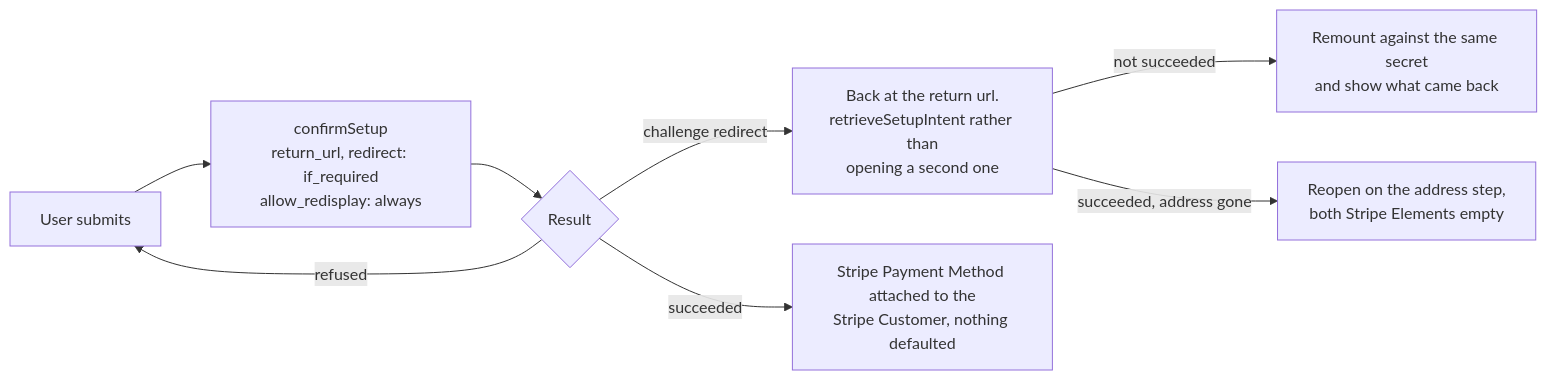
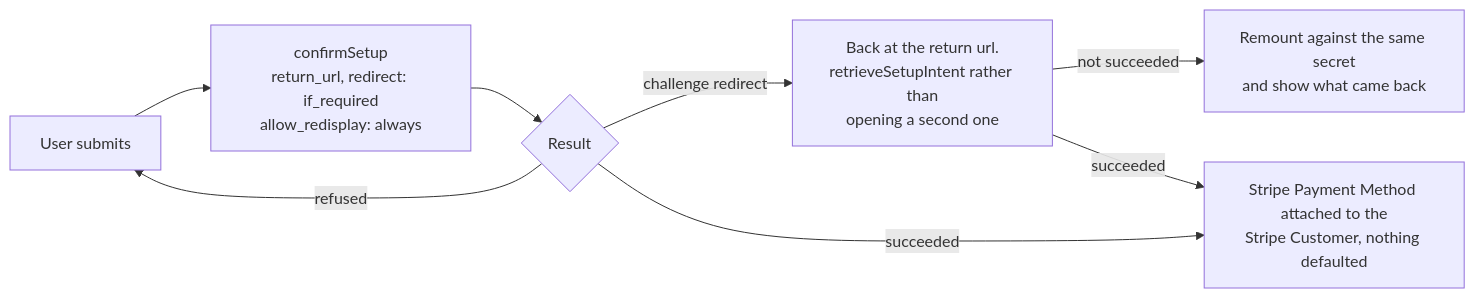
The first of 2 diagrams in public/specs/flows/payment-method/stripe/Update2Submit.md (websanova/starter-flows), drawn with Mermaid before and after one commit. The commit also changed other lines of this file and 1 other file, not shown here.

Commit message:
Update payment method update flow with new setup to require address first.

````diff
--- a/public/specs/flows/payment-method/stripe/Update2Submit.md
+++ b/public/specs/flows/payment-method/stripe/Update2Submit.md
@@ -52,10 +47,10 @@
 ```mermaid
 flowchart LR
     H[User submits] --> I["confirmSetup<br/>return_url, redirect: if_required<br/>allow_redisplay: always"]
     I --> J{Result}
     J -->|refused| H
     J -->|challenge redirect| J1["Back at the return url.<br/>retrieveSetupIntent rather than<br/>opening a second one"]
     J1 -->|not succeeded| J2[Remount against the same secret<br/>and show what came back]
-    J1 -->|"succeeded, address gone"| J3[Reopen on the address step,<br/>both Stripe Elements empty]
+    J1 -->|succeeded| K
     J -->|succeeded| K["Stripe Payment Method attached to the<br/>Stripe Customer, nothing defaulted"]
 ```
````
